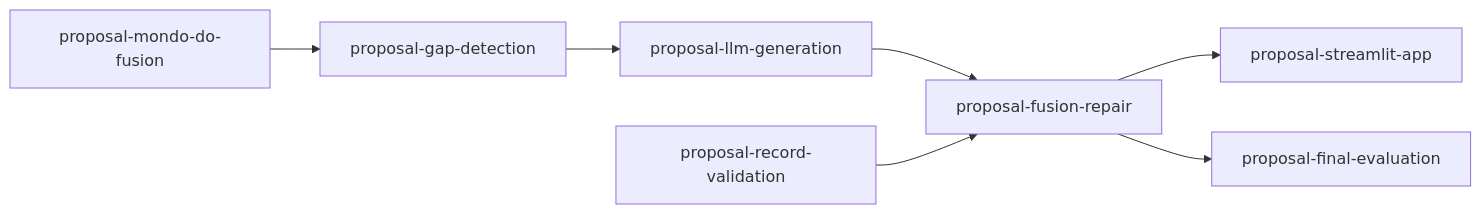
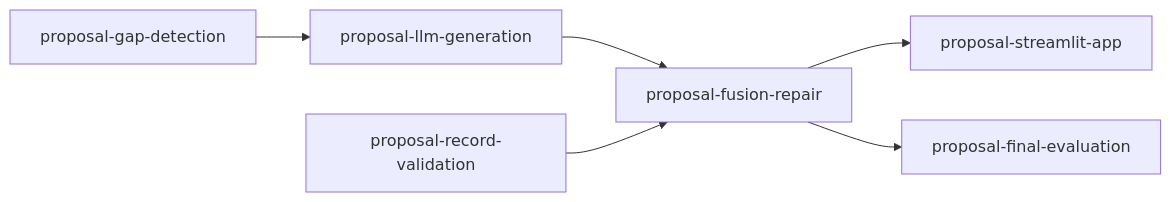
Before and after one commit to joe-dartmouth/synthetic: the diagram in tasks/proposal-index.md, drawn with Mermaid. The commit also changed other lines of this file and 40 other files, not shown here.

First line of the commit message:
Reproduce Santos et al.'s MONDO/DO fusion (proposal-mondo-do-fusion) (#11)

````diff
--- a/tasks/proposal-index.md
+++ b/tasks/proposal-index.md
@@ -20,9 +19,8 @@
 ```mermaid
 flowchart LR
-    mondo_do_fusion[proposal-mondo-do-fusion] --> gap_detection[proposal-gap-detection]
     gap_detection[proposal-gap-detection] --> llm_generation[proposal-llm-generation]
     llm_generation[proposal-llm-generation] --> fusion_repair[proposal-fusion-repair]
     record_validation[proposal-record-validation] --> fusion_repair[proposal-fusion-repair]
     fusion_repair[proposal-fusion-repair] --> streamlit_app[proposal-streamlit-app]
     fusion_repair[proposal-fusion-repair] --> final_evaluation[proposal-final-evaluation]
 ```
````
